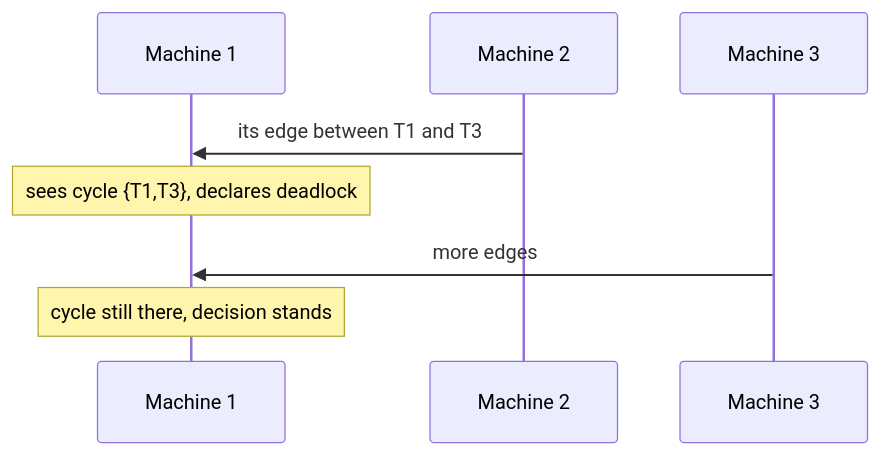
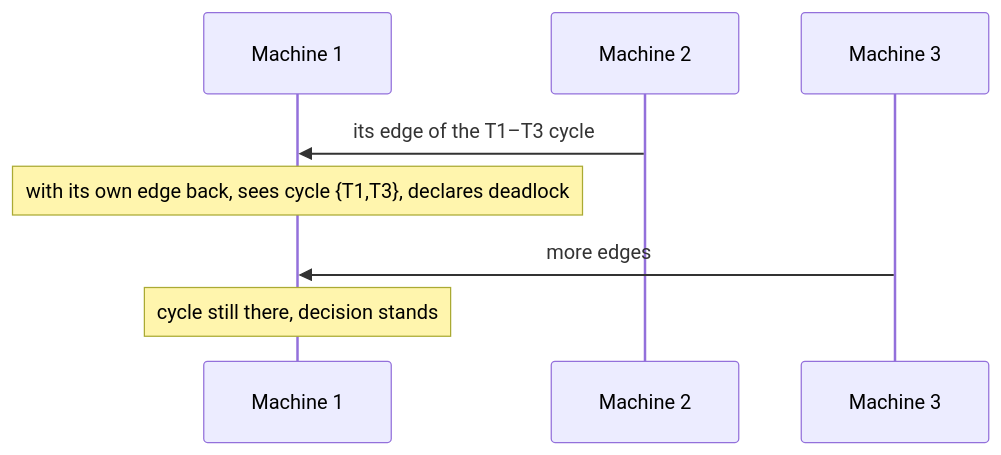
Before and after one commit to mengjiasun1992/sllmwiki-demo: the second of 3 diagrams in sllmwiki/narratives/what-does-keeping-calm-argue-and-is-it-worth-reading-in-full.md, drawn with Mermaid. The commit also changed other lines of this file and 6 other files, not shown here.

````diff
--- a/sllmwiki/narratives/what-does-keeping-calm-argue-and-is-it-worth-reading-in-full.md
+++ b/sllmwiki/narratives/what-does-keeping-calm-argue-and-is-it-worth-reading-in-full.md
@@ -86,10 +86,10 @@
 ```mermaid
 sequenceDiagram
     participant M1 as Machine 1
     participant M2 as Machine 2
     participant M3 as Machine 3
-    M2->>M1: its edge between T1 and T3
-    Note over M1: sees cycle {T1,T3}, declares deadlock
+    M2->>M1: its edge of the T1–T3 cycle
+    Note over M1: with its own edge back, sees cycle {T1,T3}, declares deadlock
     M3->>M1: more edges
     Note over M1: cycle still there, decision stands
 ```
````
